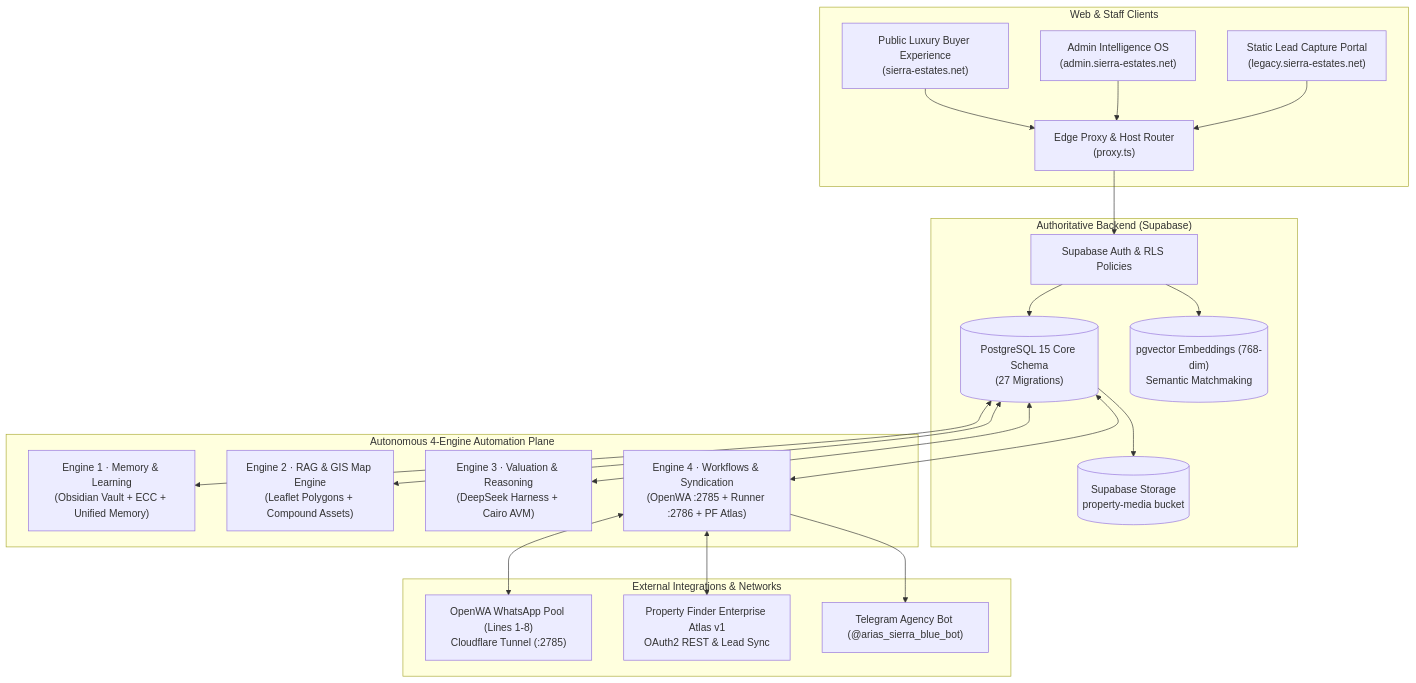
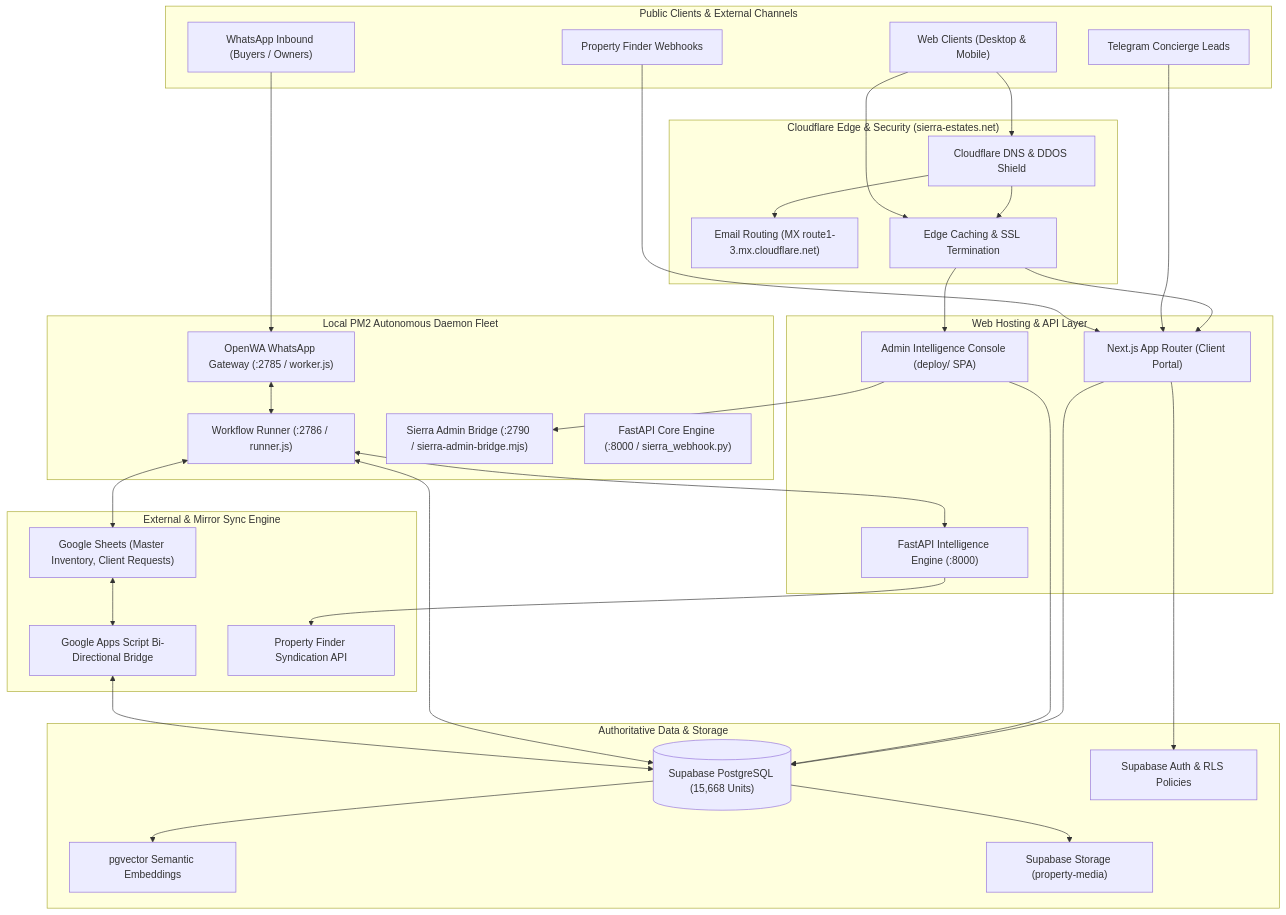
One commit to afawzy886619888866-cloud/Sierra-Estates changed the first of 4 diagrams in ARCHITECTURE.md. Above: the diagram before and after it, drawn with Mermaid. The commit also changed other lines of this file and 1 other file, not shown here.

Commit message:
docs(architecture): rewrite README and author ARCHITECTURE.md with visual Mermaid blueprints

````diff
--- a/ARCHITECTURE.md
+++ b/ARCHITECTURE.md
@@ -13,47 +9,65 @@
 ```mermaid
 flowchart TD
-    subgraph Clients ["Web & Staff Clients"]
-        WEB["Public Luxury Buyer Experience\n(sierra-estates.net)"]
-        ADMIN["Admin Intelligence OS\n(admin.sierra-estates.net)"]
-        FALLBACK["Static Lead Capture Portal\n(legacy.sierra-estates.net)"]
-        PROXY["Edge Proxy & Host Router\n(proxy.ts)"]
+    subgraph Clients["Public Clients & External Channels"]
+        U1["Web Clients (Desktop & Mobile)"]
+        U2["WhatsApp Inbound (Buyers / Owners)"]
+        U3["Telegram Concierge Leads"]
+        U4["Property Finder Webhooks"]
     end
 
-    subgraph CoreBackend ["Authoritative Backend (Supabase)"]
-        POSTGRES[("PostgreSQL 15 Core Schema\n(27 Migrations)")]
-        PGVEC[("pgvector Embeddings (768-dim)\nSemantic Matchmaking")]
-        MEDIA[("Supabase Storage\nproperty-media bucket")]
-        AUTH["Supabase Auth & RLS Policies"]
+    subgraph Edge["Cloudflare Edge & Security (sierra-estates.net)"]
+        CF_DNS["Cloudflare DNS & DDOS Shield"]
+        CF_MAIL["Email Routing (MX route1-3.mx.cloudflare.net)"]
+        CF_PROXY["Edge Caching & SSL Termination"]
     end
 
-    subgraph FourEngines ["Autonomous 4-Engine Automation Plane"]
-        E1["Engine 1 · Memory & Learning\n(Obsidian Vault + ECC + Unified Memory)"]
-        E2["Engine 2 · RAG & GIS Map Engine\n(Leaflet Polygons + Compound Assets)"]
-        E3["Engine 3 · Valuation & Reasoning\n(DeepSeek Harness + Cairo AVM)"]
-        E4["Engine 4 · Workflows & Syndication\n(OpenWA :2785 + Runner :2786 + PF Atlas)"]
+    subgraph Hosting["Web Hosting & API Layer"]
+        NEXT_CLIENT["Next.js App Router (Client Portal)"]
+        ADMIN_SPA["Admin Intelligence Console (deploy/ SPA)"]
+        FASTAPI["FastAPI Intelligence Engine (:8000)"]
     end
 
-    subgraph Gateways ["External Integrations & Networks"]
-        WA["OpenWA WhatsApp Pool (Lines 1-8)\nCloudflare Tunnel (:2785)"]
-        PF["Property Finder Enterprise Atlas v1\nOAuth2 REST & Lead Sync"]
-        TG["Telegram Agency Bot (@arias_sierra_blue_bot)"]
+    subgraph Data["Authoritative Data & Storage"]
+        SUPA_DB[("Supabase PostgreSQL (15,668 Units)")]
+        SUPA_AUTH["Supabase Auth & RLS Policies"]
+        SUPA_VEC["pgvector Semantic Embeddings"]
+        SUPA_STORE["Supabase Storage (property-media)"]
     end
 
-    WEB --> PROXY
-    ADMIN --> PROXY
-    FALLBACK --> PROXY
+    subgraph Sync["External & Mirror Sync Engine"]
+        GSHEETS["Google Sheets (Master Inventory, Client Requests)"]
+        APPS_SCRIPT["Google Apps Script Bi-Directional Bridge"]
+        PF_API["Property Finder Syndication API"]
+    end
 
-    PROXY --> AUTH
-    AUTH --> POSTGRES
-    AUTH --> PGVEC
-    POSTGRES --> MEDIA
+    subgraph Daemons["Local PM2 Autonomous Daemon Fleet"]
+        PM2_RUNNER["Workflow Runner (:2786 / runner.js)"]
+        PM2_GATEWAY["OpenWA WhatsApp Gateway (:2785 / worker.js)"]
+        PM2_BRIDGE["Sierra Admin Bridge (:2790 / sierra-admin-bridge.mjs)"]
+        PM2_FASTAPI["FastAPI Core Engine (:8000 / sierra_webhook.py)"]
+    end
 
-    POSTGRES <--> E1
-    POSTGRES <--> E2
-    POSTGRES <--> E3
-    POSTGRES <--> E4
+    %% Network Connections
+    U1 --> CF_DNS --> CF_PROXY --> NEXT_CLIENT
+    U1 --> CF_PROXY --> ADMIN_SPA
+    CF_DNS --> CF_MAIL
 
-    E4 <--> WA
-    E4 <--> PF
-    E4 --> TG
+    NEXT_CLIENT --> SUPA_DB
+    NEXT_CLIENT --> SUPA_AUTH
+    ADMIN_SPA --> SUPA_DB
+    ADMIN_SPA --> PM2_BRIDGE
+
+    U2 --> PM2_GATEWAY
+    U3 --> NEXT_CLIENT
+    U4 --> NEXT_CLIENT
+
+    PM2_GATEWAY <--> PM2_RUNNER
+    PM2_RUNNER <--> FASTAPI
+    PM2_RUNNER <--> SUPA_DB
+    PM2_RUNNER <--> GSHEETS
+    GSHEETS <--> APPS_SCRIPT <--> SUPA_DB
+
+    FASTAPI --> PF_API
+    SUPA_DB --> SUPA_VEC
+    SUPA_DB --> SUPA_STORE
 ```
````
